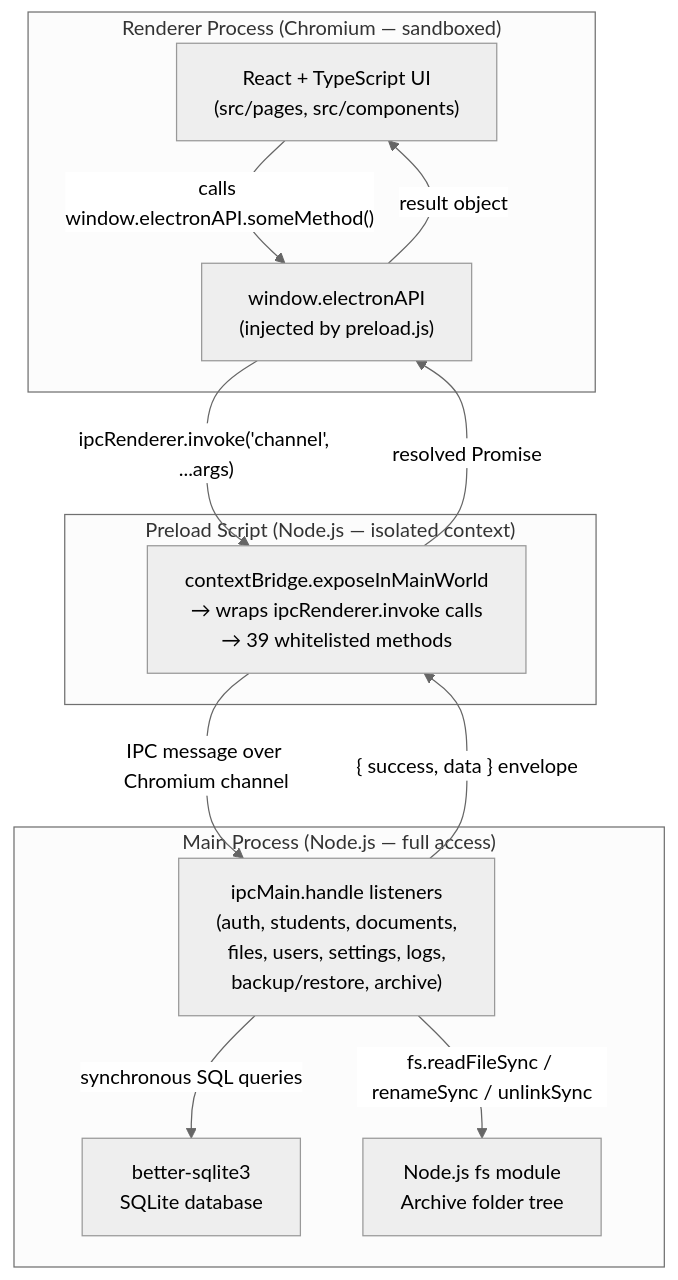
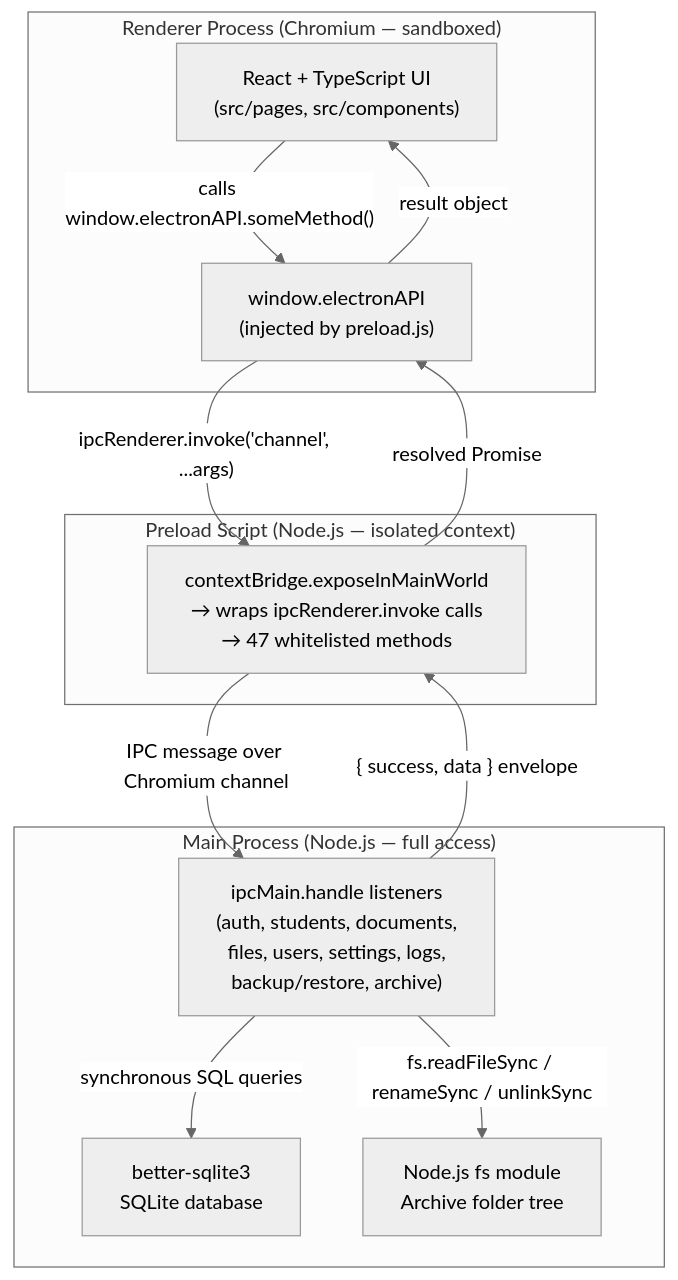
Before and after one commit to yTheCode/Registrar-Document-Archiving-System: the first of 4 diagrams in README.md, drawn with Mermaid (neutral theme). The commit also changed other lines of this file and 2 other files, not shown here.

````diff
--- a/README.md
+++ b/README.md
@@ -58,26 +58,26 @@
 ```mermaid
 graph TD
     subgraph Renderer["Renderer Process  (Chromium — sandboxed)"]
         UI["React + TypeScript UI\n(src/pages, src/components)"]
         API["window.electronAPI\n(injected by preload.js)"]
     end
 
     subgraph Preload["Preload Script  (Node.js — isolated context)"]
-        Bridge["contextBridge.exposeInMainWorld\n→ wraps ipcRenderer.invoke calls\n→ 39 whitelisted methods"]
+        Bridge["contextBridge.exposeInMainWorld\n→ wraps ipcRenderer.invoke calls\n→ 47 whitelisted methods"]
     end
 
     subgraph Main["Main Process  (Node.js — full access)"]
         Handlers["ipcMain.handle listeners\n(auth, students, documents,\nfiles, users, settings, logs,\nbackup/restore, archive)"]
         DB["better-sqlite3\nSQLite database"]
         FS["Node.js fs module\nArchive folder tree"]
     end
 
     UI -->|"calls window.electronAPI.someMethod()"| API
     API -->|"ipcRenderer.invoke('channel', ...args)"| Bridge
     Bridge -->|"IPC message over Chromium channel"| Handlers
     Handlers -->|"synchronous SQL queries"| DB
     Handlers -->|"fs.readFileSync / renameSync / unlinkSync"| FS
     Handlers -->|"{ success, data } envelope"| Bridge
     Bridge -->|"resolved Promise"| API
     API -->|"result object"| UI
 ```
````
